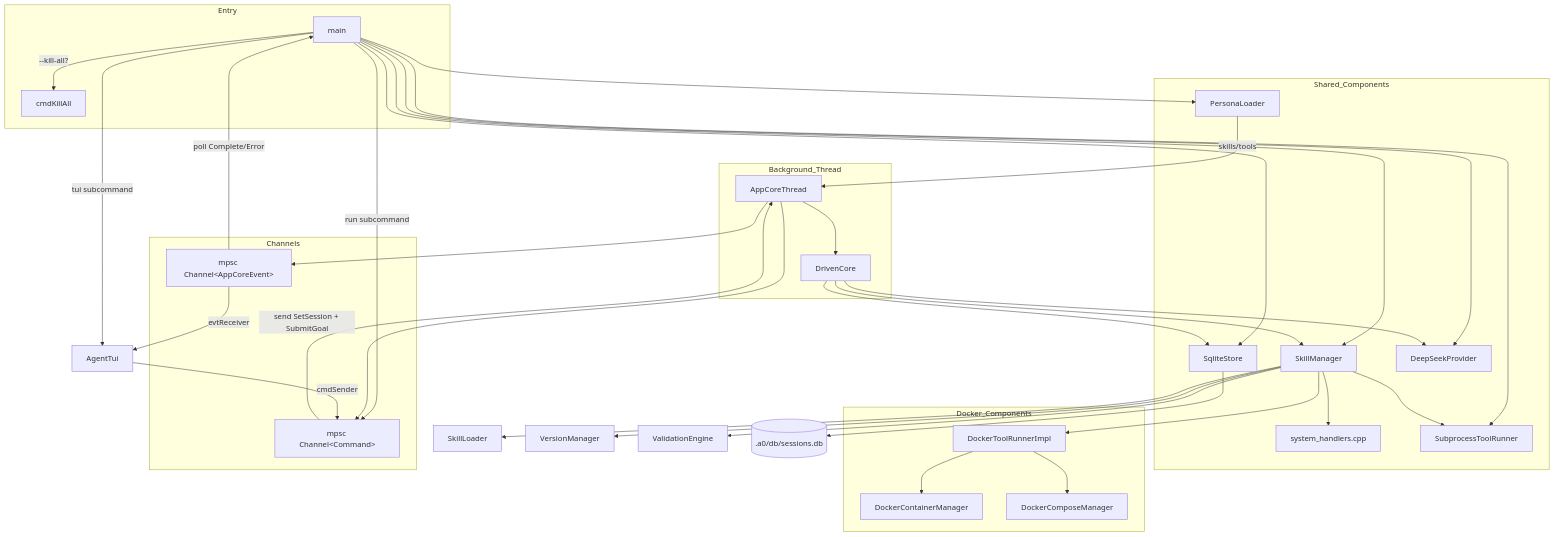
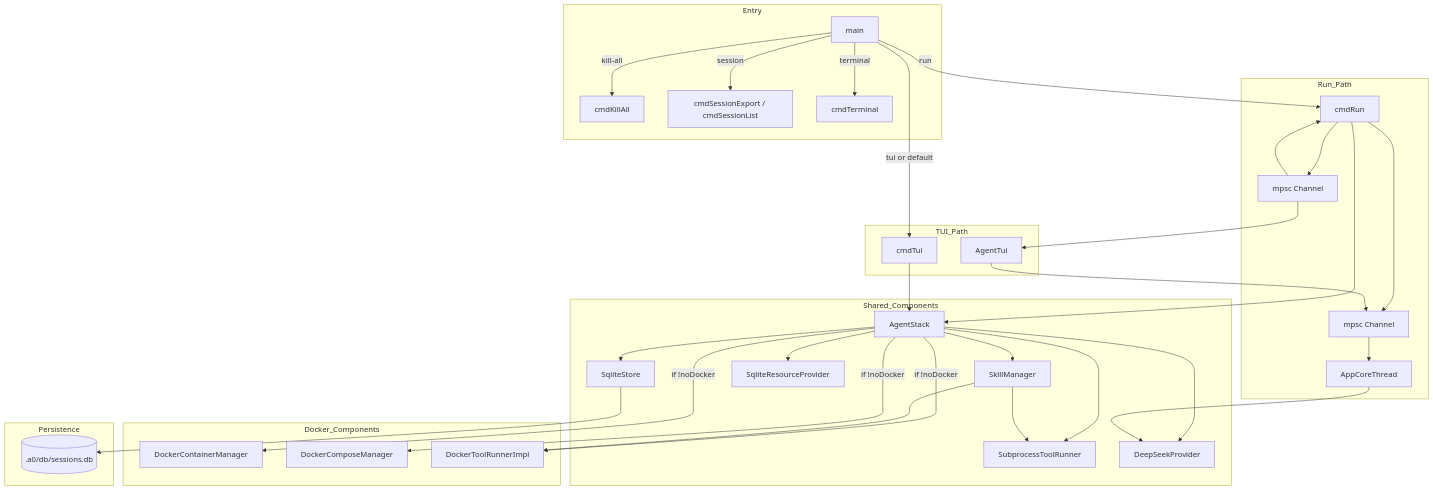
Before and after one commit to opensassi/a0: the first of 2 diagrams in src/main.spec.md, drawn with Mermaid. The commit also changed other lines of this file and 165 other files, not shown here.

````diff
--- a/src/main.spec.md
+++ b/src/main.spec.md
@@ -49,65 +57,66 @@
 ```mermaid
 graph TB
     subgraph Entry
         M[main]
         KA[cmdKillAll]
+        SE[cmdSessionExport / cmdSessionList]
+        TRM[cmdTerminal]
+    end
+
+    subgraph Run_Path
+        RUN[cmdRun]
+        CMD_CH[mpsc Channel<Command>]
+        EVT_CH[mpsc Channel<AppCoreEvent>]
+        ACT[AppCoreThread]
+    end
+
+    subgraph TUI_Path
+        TUI[cmdTui]
+        TUI_APP[AgentTui]
     end
 
     subgraph Shared_Components
+        STACK[AgentStack]
         SM[SkillManager]
-        HANDLERS[system_handlers.cpp]
+        PS[SqliteStore]
+        RP[SqliteResourceProvider]
         TR[SubprocessToolRunner]
-        PS[SqliteStore]
         LM[DeepSeekProvider]
-        PL[PersonaLoader]
     end
 
     subgraph Docker_Components
         DCM[DockerContainerManager]
         DCoM[DockerComposeManager]
         DTR[DockerToolRunnerImpl]
     end
 
-    subgraph Background_Thread
-        ACT[AppCoreThread]
-        DC[DrivenCore]
+    subgraph Persistence
+        DB[(.a0/db/sessions.db)]
     end
 
-    subgraph Channels
-        CMD_CH[mpsc Channel&lt;Command&gt;]
-        EVT_CH[mpsc Channel&lt;AppCoreEvent&gt;]
-    end
-
-    M --> PL
-    M --> SM
-    M --> TR
-    M --> PS
-    M --> LM
-    M -->|run subcommand| CMD_CH
-    M -->|tui subcommand| TUI[AgentTui]
-    M -->|--kill-all?| KA
-
-    PL -->|skills/tools| ACT
-    SM --> HANDLERS
+    M -->|kill-all| KA
+    M -->|session| SE
+    M -->|terminal| TRM
+    M -->|run| RUN
+    M -->|tui or default| TUI
+    RUN --> STACK
+    TUI --> STACK
+    STACK --> SM
+    STACK --> PS
+    STACK --> RP
+    STACK --> TR
+    STACK --> LM
+    STACK -->|if !noDocker| DCM
+    STACK -->|if !noDocker| DCoM
+    STACK -->|if !noDocker| DTR
     SM --> TR
     SM --> DTR
-    SM --> SL[SkillLoader]
-    SM --> VM[VersionManager]
-    SM --> VE[ValidationEngine]
-
-    ACT --> DC
-    ACT --> CMD_CH
-    ACT --> EVT_CH
-    DC --> LM
-    DC --> SM
-    DC --> PS
-
-    CMD_CH -->|send SetSession + SubmitGoal| ACT
-    EVT_CH -->|poll Complete/Error| M
-    TUI -->|cmdSender| CMD_CH
-    EVT_CH -->|evtReceiver| TUI
-
-    PS --> DB[(.a0/db/sessions.db)]
-    DTR --> DCM
-    DTR --> DCoM
+    PS --> DB
+    RUN --> CMD_CH
+    RUN --> EVT_CH
+    CMD_CH --> ACT
+    EVT_CH --> RUN
+    TUI_APP --> CMD_CH
+    EVT_CH --> TUI_APP
+    ACT --> LM
 ```
````
